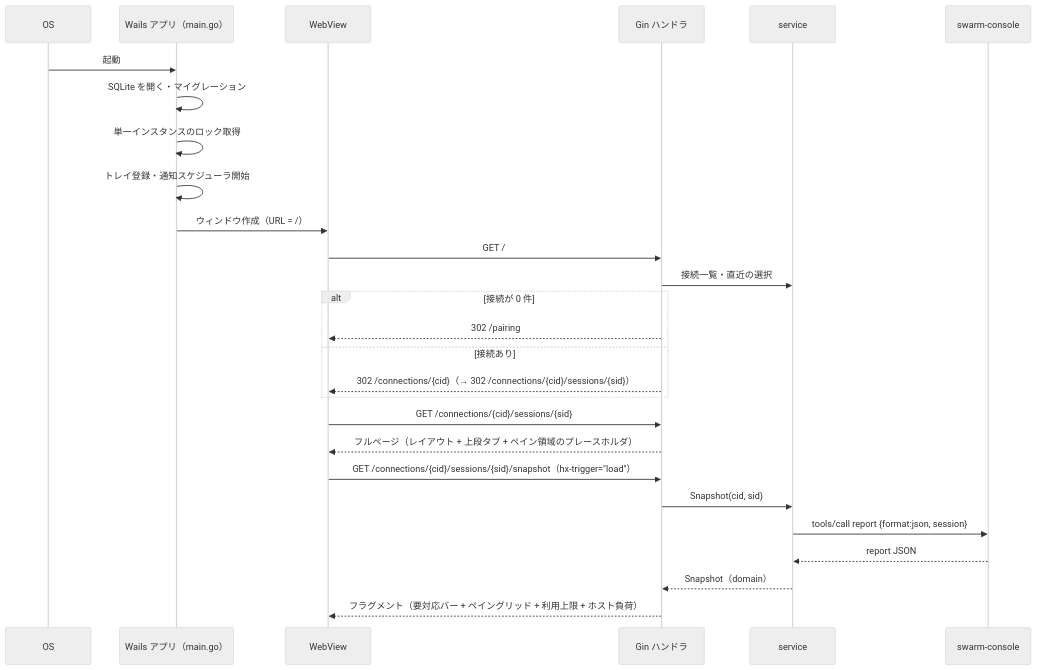
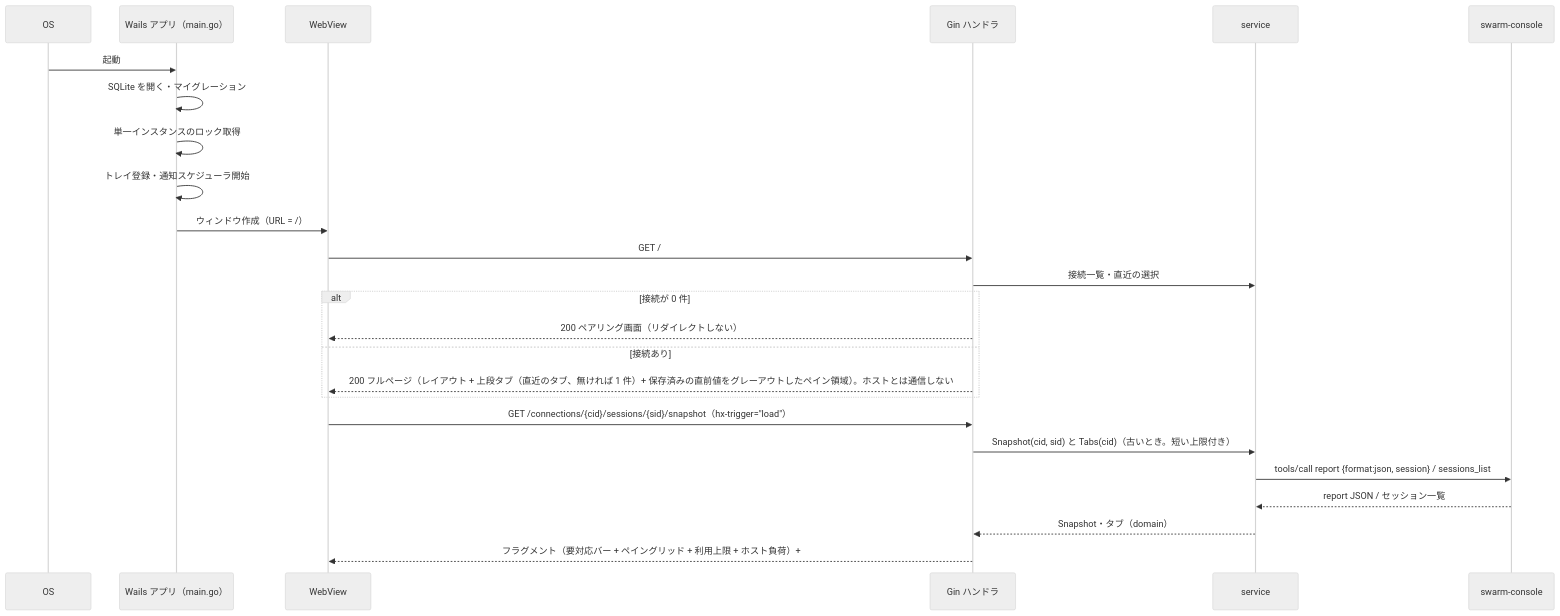
The second of 5 diagrams in docs/architecture/overview.md (ousiassllc/swarm-viewer), drawn with Mermaid (neutral theme) before and after one commit. The commit also changed other lines of this file and 23 other files, not shown here.

````diff
--- a/docs/architecture/overview.md
+++ b/docs/architecture/overview.md
@@ -155,30 +155,28 @@
 ```mermaid
 sequenceDiagram
     participant OS
     participant App as Wails アプリ（main.go）
     participant WV as WebView
     participant H as Gin ハンドラ
     participant S as service
     participant C as swarm-console
 
     OS->>App: 起動
     App->>App: SQLite を開く・マイグレーション
     App->>App: 単一インスタンスのロック取得
     App->>App: トレイ登録・通知スケジューラ開始
     App->>WV: ウィンドウ作成（URL = /）
     WV->>H: GET /
     H->>S: 接続一覧・直近の選択
     alt 接続が 0 件
-        H-->>WV: 302 /pairing
+        H-->>WV: 200 ペアリング画面（リダイレクトしない）
     else 接続あり
-        H-->>WV: 302 /connections/{cid}（→ 302 /connections/{cid}/sessions/{sid}）
+        H-->>WV: 200 フルページ（レイアウト + 上段タブ（直近のタブ、無ければ 1 件）+ 保存済みの直前値をグレーアウトしたペイン領域）。ホストとは通信しない
     end
-    WV->>H: GET /connections/{cid}/sessions/{sid}
-    H-->>WV: フルページ（レイアウト + 上段タブ + ペイン領域のプレースホルダ）
     WV->>H: GET /connections/{cid}/sessions/{sid}/snapshot（hx-trigger="load"）
-    H->>S: Snapshot(cid, sid)
-    S->>C: tools/call report {format:json, session}
-    C-->>S: report JSON
-    S-->>H: Snapshot（domain）
-    H-->>WV: フラグメント（要対応バー + ペイングリッド + 利用上限 + ホスト負荷）
+    H->>S: Snapshot(cid, sid) と Tabs(cid)（古いとき。短い上限付き）
+    S->>C: tools/call report {format:json, session} / sessions_list
+    C-->>S: report JSON / セッション一覧
+    S-->>H: Snapshot・タブ（domain）
+    H-->>WV: フラグメント（要対応バー + ペイングリッド + 利用上限 + ホスト負荷）+ #session-tabs の OOB
 ```
````
